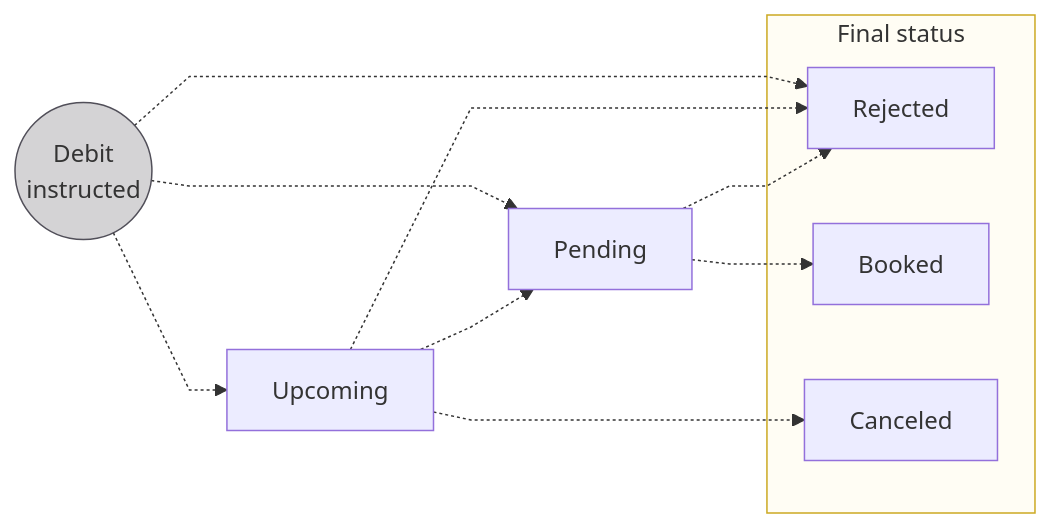
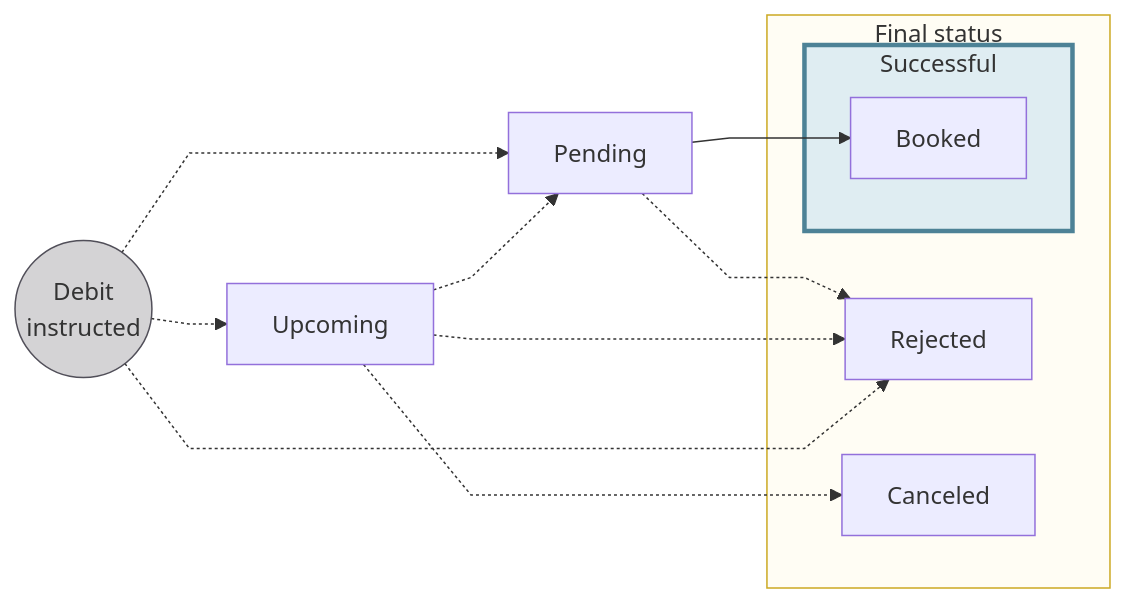
The first of 2 diagrams in docs/topics/payments/direct-debit/index.mdx (swan-io/docs), drawn with Mermaid before and after one commit. The commit also changed other lines of this file and 1 other file, not shown here.

````diff
--- a/docs/topics/payments/direct-debit/index.mdx
+++ b/docs/topics/payments/direct-debit/index.mdx
@@ -45,19 +47,23 @@
 ```mermaid
 %%{ init: { 'flowchart': { 'curve': 'linear' } } }%%
 flowchart LR
-    TI((Debit<br/>instructed)) -.-> R[Rejected]
-    TI -.-> P[Pending]
-    TI -.-> U[Upcoming]
+    DI((Debit<br/>instructed)) -.-> R[Rejected]
+    U -.-> P[Pending]
+    DI -.-> U[Upcoming]
     U -.-> R[Rejected]
-    U -.-> P
-    P -.-> B[Booked]
+    DI -.-> P
+    P --> B[Booked]
     U -.-> CD[Canceled]
     P -.-> R
+    subgraph S[Successful]
+        B
+    end
     subgraph F[Final status]
         CD
-        B
         R
+        S
     end
-    style TI fill:#D4D3D5,stroke:#514F59
+    style DI fill:#D4D3D5,stroke:#514F59
     style F fill:#fffdf4,stroke:#cca922
+    style S fill:#dfedf2,stroke:#4d8296,stroke-width:3px
 ```
````
